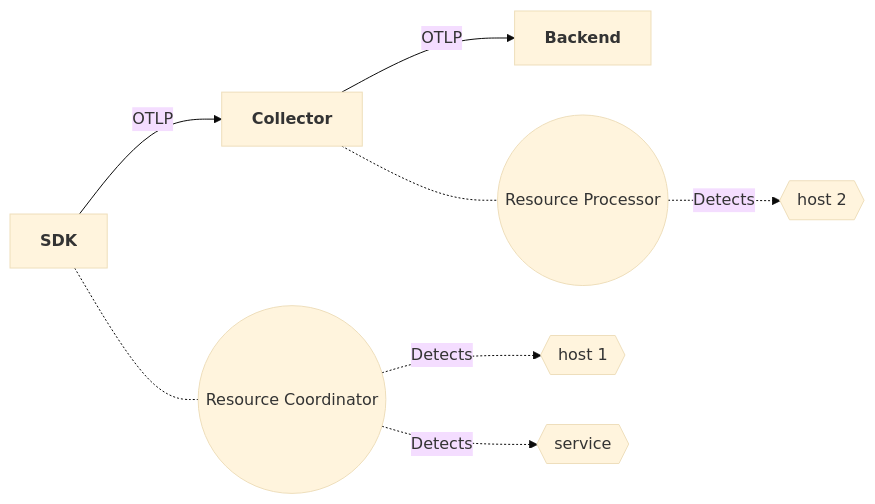
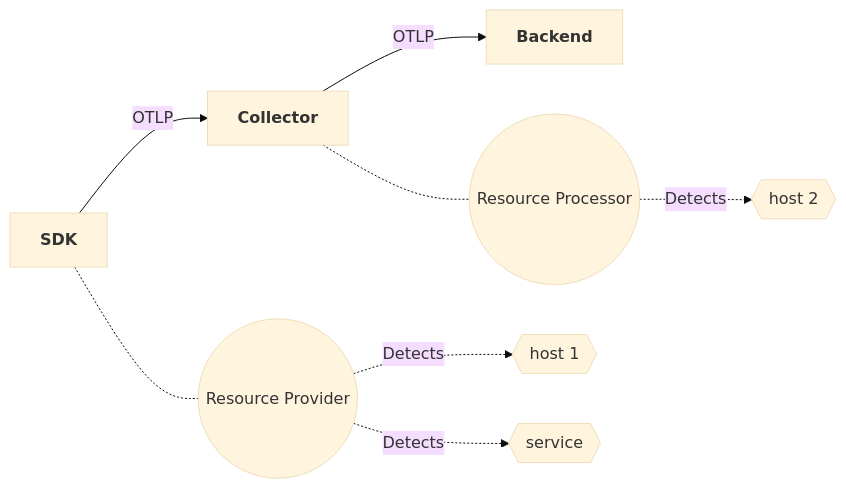
One commit to open-telemetry/oteps changed the fourth of 5 diagrams in text/entities/0264-resource-and-entities.md. Above: the diagram before and after it, drawn with Mermaid (base theme). The commit also changed other lines of this file, not shown here.

Commit message:
Rename Resource Coordinator to Resource Provider.

````diff
--- a/text/entities/0264-resource-and-entities.md
+++ b/text/entities/0264-resource-and-entities.md
@@ -464,10 +464,10 @@
 ```mermaid
 flowchart LR
     SDK["`**SDK**`"] -->|OTLP| COLLECTOR["`**Collector**`"]
     COLLECTOR -->|OTLP| BACKEND["`**Backend**`"]
-    SDK -.- RC((Resource Coordinator))
+    SDK -.- RC((Resource Provider))
     COLLECTOR -.- RP((Resource Processor))
     RP -. Detects .-> HOST2{{host 2}}
     RC -. Detects .-> HOST{{host 1}}
     RC -. Detects .-> SERVICE{{service}}
 ```
````
